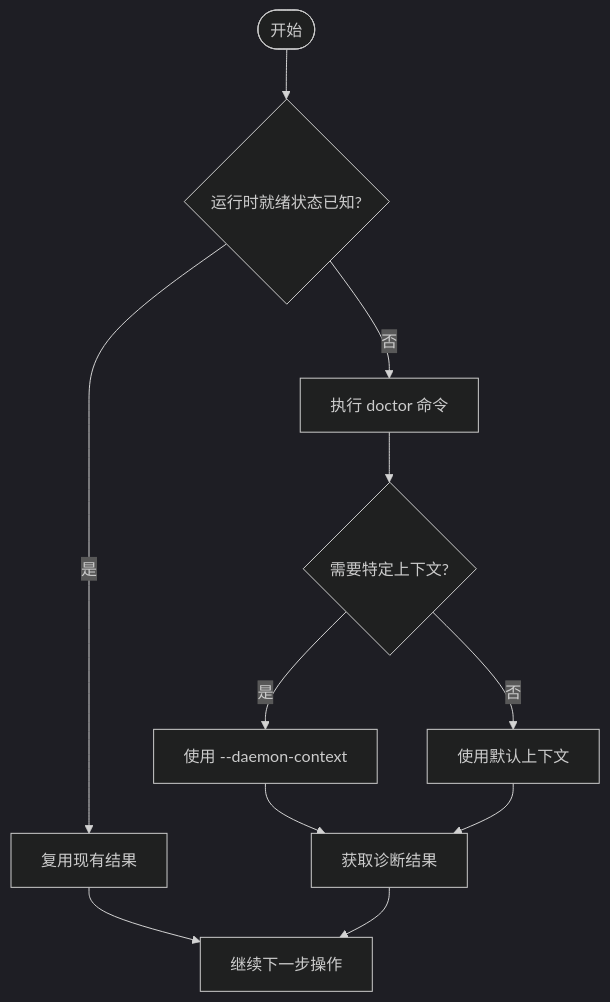
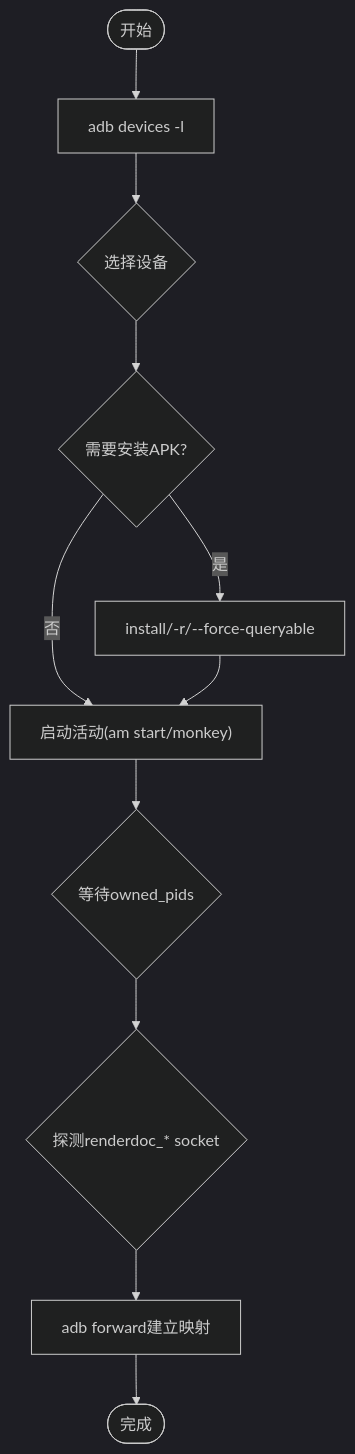
One commit to haolange/RDC-Tool changed the eighth of 9 diagrams in .qoder/repowiki/zh/content/核心概念/会话模型.md. Above: the diagram before and after it, drawn with Mermaid (dark theme). The commit also changed other lines of this file and 234 other files, not shown here.

````diff
--- a/.qoder/repowiki/zh/content/核心概念/会话模型.md
+++ b/.qoder/repowiki/zh/content/核心概念/会话模型.md
@@ -373,13 +304,13 @@
 ```mermaid
 flowchart TD
-Start(["开始"]) --> CheckReady{"运行时就绪状态已知?"}
-CheckReady --> |是| ReuseResult["复用现有结果"]
-CheckReady --> |否| RunDoctor["执行 doctor 命令"]
-RunDoctor --> ContextCheck{"需要特定上下文?"}
-ContextCheck --> |是| WithContext["使用 --daemon-context <id>"]
-ContextCheck --> |否| DefaultContext["使用默认上下文"]
-WithContext --> Result["获取诊断结果"]
-DefaultContext --> Result
-ReuseResult --> NextStep["继续下一步操作"]
-Result --> NextStep
+Start(["开始"]) --> Devices["adb devices -l"]
+Devices --> Choose{"选择设备"}
+Choose --> Install{"需要安装APK?"}
+Install --> |是| APK["install/-r/--force-queryable"]
+Install --> |否| Launch["启动活动(am start/monkey)"]
+APK --> Launch
+Launch --> WaitPID{"等待owned_pids"}
+WaitPID --> Socket{"探测renderdoc_* socket"}
+Socket --> Forward["adb forward建立映射"]
+Forward --> Done(["完成"])
 ```
````
